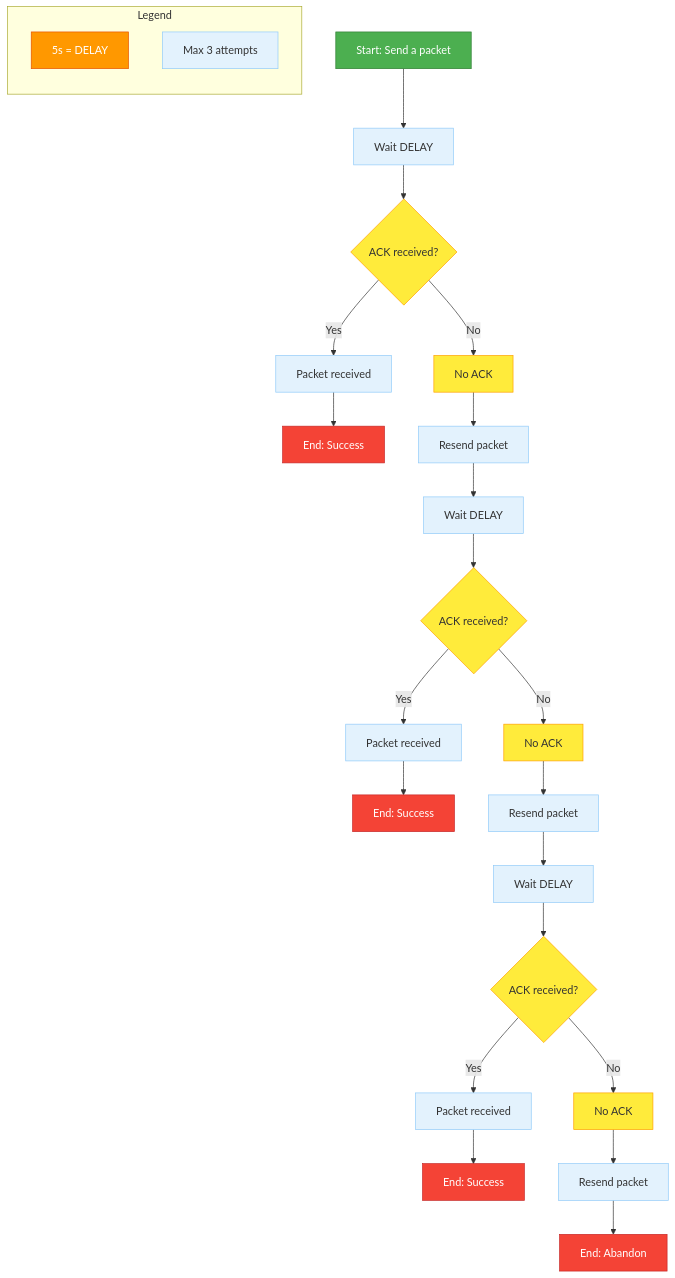
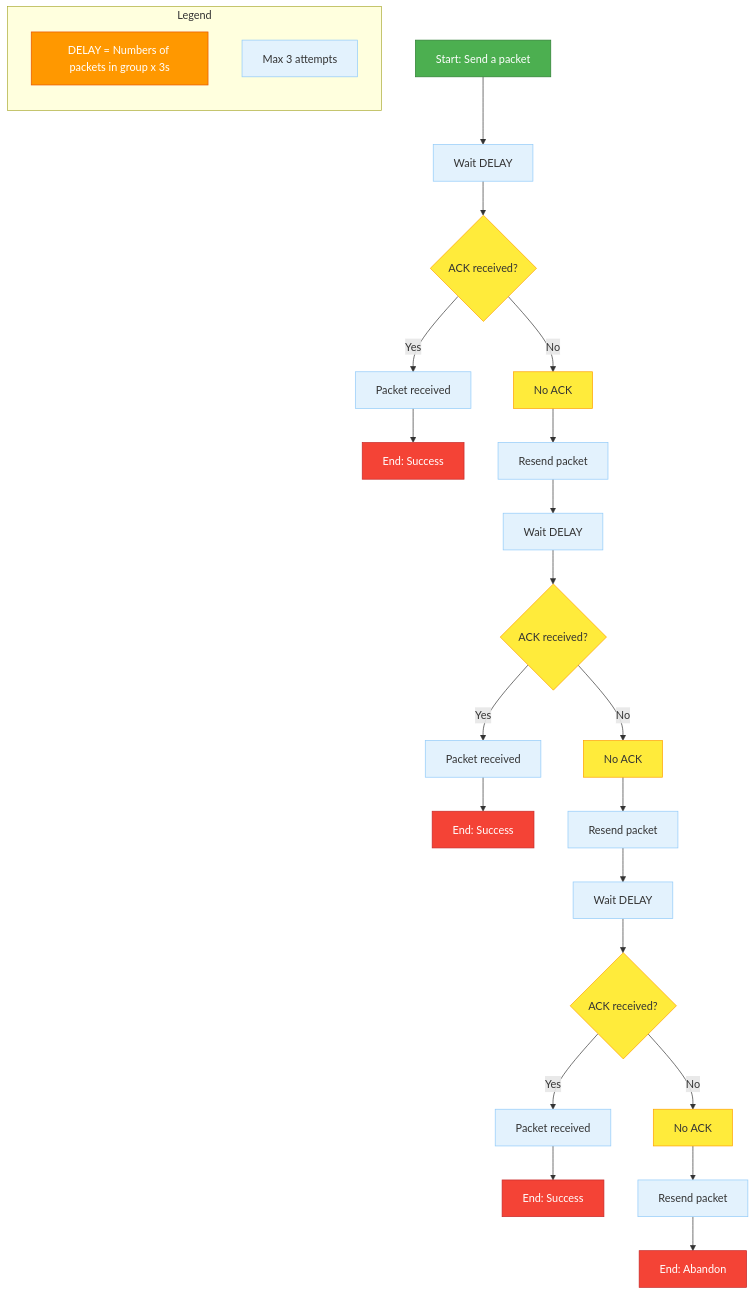
Before and after one commit to 4surix/honeybee: the first of 3 diagrams in mechanisms/ACKNOWLEDGEMENT.md, drawn with Mermaid. The commit also changed other lines of this file and 11 other files, not shown here.

````diff
--- a/mechanisms/ACKNOWLEDGEMENT.md
+++ b/mechanisms/ACKNOWLEDGEMENT.md
@@ -16,64 +16,64 @@
 ```mermaid
 %% Diagram of ELODRI Logic (Ensure Least One Device Received It)
 flowchart TD
     %% Styles
     classDef start fill:#4CAF50,color:#fff,stroke:#2E7D32;
     classDef process fill:#E3F2FD,stroke:#90CAF9;
     classDef decision fill:#FFEB3B,stroke:#FFA000;
     classDef endNode fill:#F44336,color:#fff,stroke:#C62828;
     classDef timeout fill:#FF9800,color:#fff,stroke:#E65100;
 
     %% Start of the process
     A[Start: Send a packet]:::start
 
     %% Waiting for ACK
     B[Wait DELAY]:::process
 
     %% Decision: ACK received?
     C{ACK received?}:::decision
 
     %% If ACK received
     D[Packet received]:::process
     E[End: Success]:::endNode
 
     %% If no ACK received
     F[No ACK]:::decision
     G[Resend packet]:::process
     H[Wait DELAY]:::process
 
     %% Second attempt
     I{ACK received?}:::decision
     J[Packet received]:::process
     K[End: Success]:::endNode
 
     %% If still no ACK
     L[No ACK]:::decision
     M[Resend packet]:::process
     N[Wait DELAY]:::process
 
     %% Third attempt
     O{ACK received?}:::decision
     P[Packet received]:::process
     Q[End: Success]:::endNode
 
     %% After 3 attempts
     R[No ACK]:::decision
     S[Resend packet]:::process
     U[End: Abandon]:::endNode
 
     %% Connections
     A --> B --> C
     C -->|Yes| D --> E
     C -->|No| F --> G --> H --> I
     I -->|Yes| J --> K
     I -->|No| L --> M --> N --> O
     O -->|Yes| P --> Q
     O -->|No| R --> S --> U
 
     %% Legend
     subgraph Legend
         direction TB
-        L1[5s = DELAY]:::timeout
+        L1[DELAY = Numbers of packets in group x 3s]:::timeout
         L2[Max 3 attempts]:::process
     end
 ```
````
